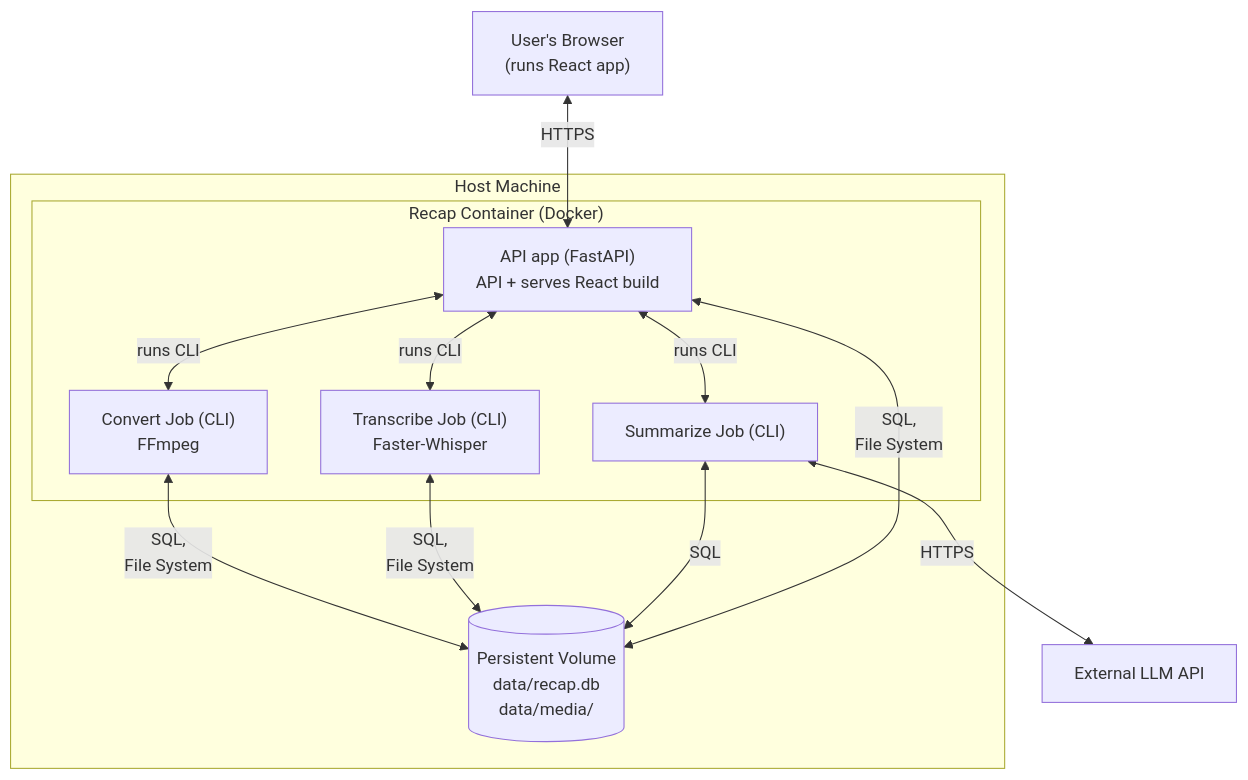
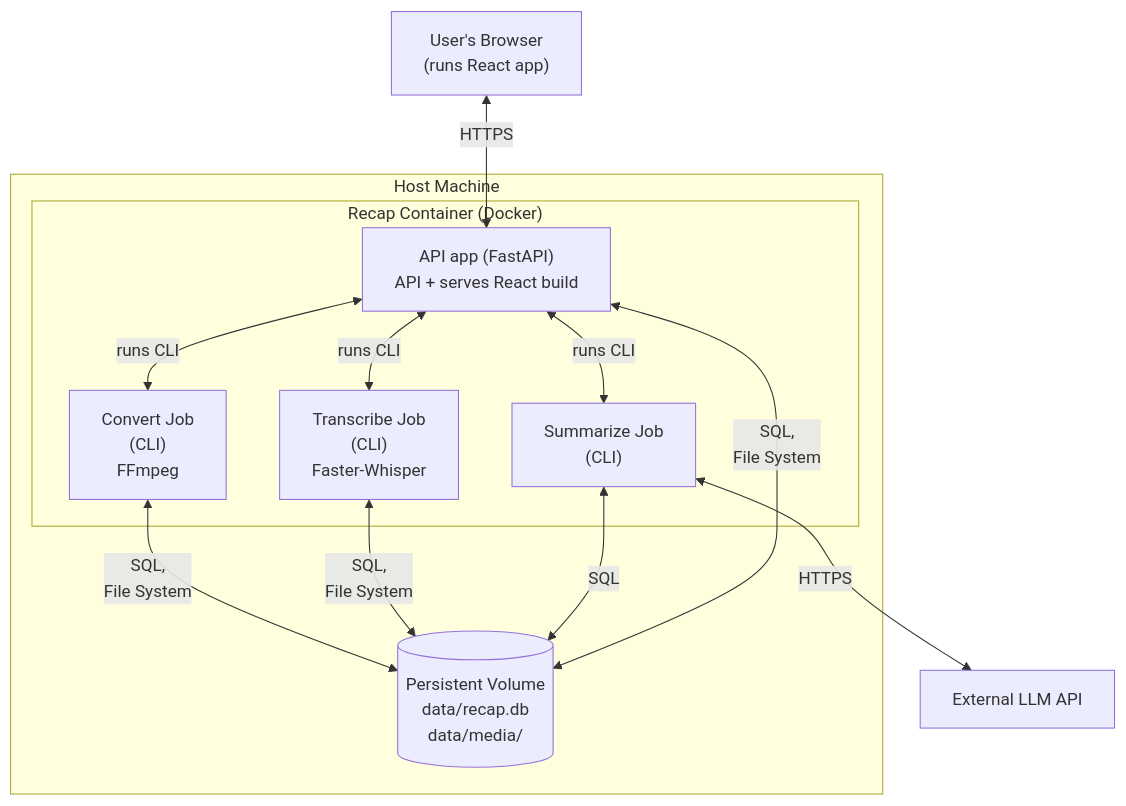
One commit to nick-yoderia/Recap changed the eighth of 9 diagrams in docs/arc42-template-EN.md. Above: the diagram before and after it, drawn with Mermaid. The commit also changed other lines of this file, not shown here.

````diff
--- a/docs/arc42-template-EN.md
+++ b/docs/arc42-template-EN.md
@@ -330,22 +330,22 @@
 ```mermaid
 flowchart TB
  subgraph container["Recap Container (Docker)"]
         api["API app (FastAPI)<br>API + serves React build"]
-        convert["Convert Job (CLI)<br>FFmpeg"]
-        transcribe["Transcribe Job (CLI)<br>Faster-Whisper"]
-        summarize["Summarize Job (CLI)"]
+        convert["Convert Job<br>(CLI)<br>FFmpeg"]
+        transcribe["Transcribe Job<br>(CLI)<br>Faster-Whisper"]
+        summarize["Summarize Job<br>(CLI)"]
   end
  subgraph host["Host Machine"]
         container
         volume[("Persistent Volume<br>data/recap.db<br>data/media/")]
   end
     user@{ label: "User's Browser<br>(runs React app)" } <-- HTTPS --> api
     api <-- runs CLI --> convert & transcribe & summarize
     convert <-- SQL,<br>File System --> volume
     transcribe <-- SQL,<br>File System --> volume
     summarize <-- SQL --> volume
     summarize <-- HTTPS --> llm["External LLM API"]
     api <-- SQL,<br>File System --> volume
 
     user@{ shape: rect}
 ```
````
